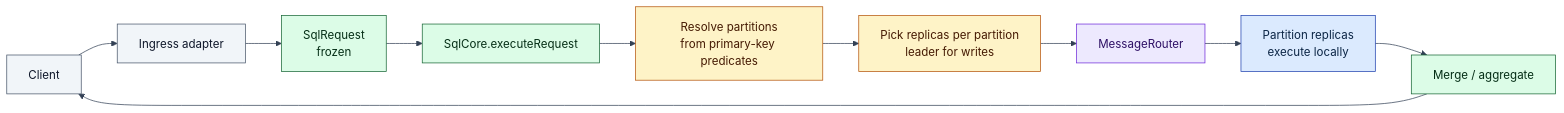
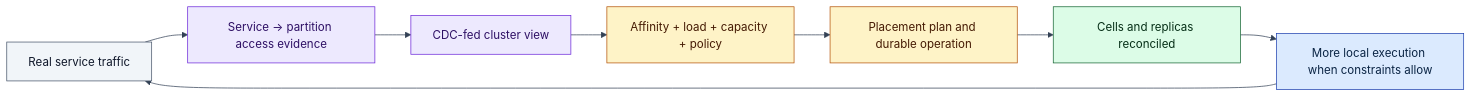
Before and after one commit to psvensson/lagrange: the eighth of 9 diagrams in architecture/system-model.md, drawn with Mermaid. The commit also changed other lines of this file, not shown here.

````diff
--- a/architecture/system-model.md
+++ b/architecture/system-model.md
@@ -206,19 +320,17 @@
 ```mermaid
 %%{init: {'theme':'base','themeVariables':{'background':'#ffffff','lineColor':'#334155','textColor':'#0f172a'}}}%%
 flowchart LR
-  C["Client"]:::ext --> I["Ingress adapter"]:::ext
-  I --> RQ["SqlRequest<br/>frozen"]:::svc
-  RQ --> E["SqlCore.executeRequest"]:::svc
-  E --> PR["Resolve partitions<br/>from primary-key predicates"]:::ctrl
-  PR --> CS["Pick replicas per partition<br/>leader for writes"]:::ctrl
-  CS --> MR["MessageRouter"]:::move
-  MR --> PX["Partition replicas<br/>execute locally"]:::data
-  PX --> AG["Merge / aggregate"]:::svc
-  AG --> C
+  TRAFFIC["Real service traffic"]:::ext --> OBS["Service → partition access evidence"]:::move
+  OBS --> CACHE["CDC-fed cluster view"]:::move
+  CACHE --> SCORE["Affinity + load + capacity + policy"]:::ctrl
+  SCORE --> PLAN["Placement plan and durable operation"]:::ctrl
+  PLAN --> PLACE["Cells and replicas reconciled"]:::svc
+  PLACE --> LOCAL["More local execution when constraints allow"]:::data
+  LOCAL --> TRAFFIC
 
   classDef data fill:#dbeafe,stroke:#1e40af,color:#0b2545
   classDef svc fill:#dcfce7,stroke:#166534,color:#052e16
   classDef ctrl fill:#fef3c7,stroke:#b45309,color:#451a03
   classDef move fill:#ede9fe,stroke:#6d28d9,color:#2e1065
   classDef ext fill:#f1f5f9,stroke:#475569,color:#0f172a
 ```
````
